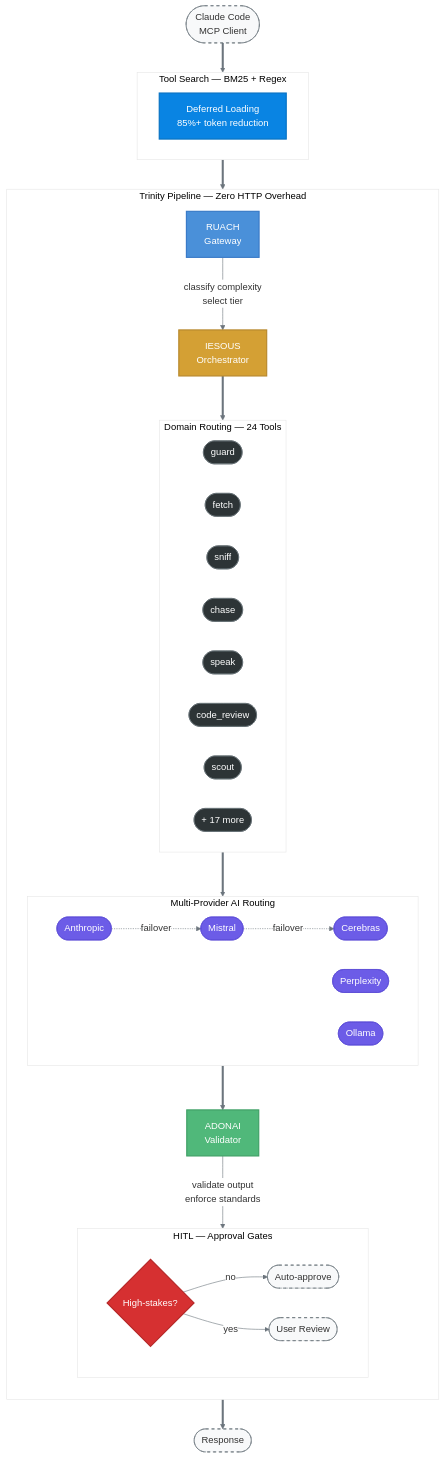
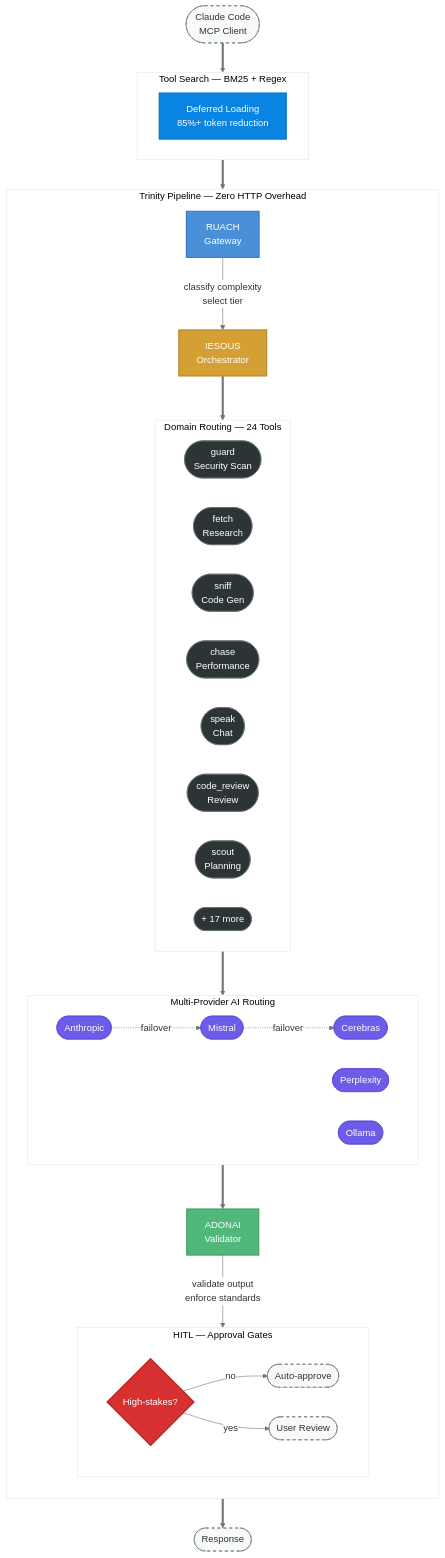
One commit to theLightArchitect/CORSO changed the first of 2 diagrams in README.md. Above: the diagram before and after it, drawn with Mermaid.

Commit message:
Add descriptive labels to domain routing tools

````diff
--- a/README.md
+++ b/README.md
@@ -24,75 +24,75 @@
 ```mermaid
 %%{init: {'theme': 'base', 'themeVariables': {'primaryColor': '#ffffff', 'lineColor': '#6c757d'}}}%%
 flowchart TD
     A(["Claude Code<br/>MCP Client"]) ==> TS
 
     subgraph TS ["Tool Search — BM25 + Regex"]
         direction LR
         TS1["Deferred Loading<br/>85%+ token reduction"]
     end
 
     TS1 ==> B
 
     subgraph TRINITY ["Trinity Pipeline — Zero HTTP Overhead"]
         direction TB
         B["RUACH<br/>Gateway"]
         B -->|"classify complexity<br/>select tier"| C["IESOUS<br/>Orchestrator"]
 
         subgraph DOMAIN ["Domain Routing — 24 Tools"]
             direction LR
-            D1(["guard"])
-            D2(["fetch"])
-            D3(["sniff"])
-            D4(["chase"])
-            D5(["speak"])
-            D6(["code_review"])
-            D7(["scout"])
+            D1(["guard<br/>Security Scan"])
+            D2(["fetch<br/>Research"])
+            D3(["sniff<br/>Code Gen"])
+            D4(["chase<br/>Performance"])
+            D5(["speak<br/>Chat"])
+            D6(["code_review<br/>Review"])
+            D7(["scout<br/>Planning"])
             D8(["+ 17 more"])
         end
 
         C ==> DOMAIN
 
         DOMAIN ==> AI
 
         subgraph AI ["Multi-Provider AI Routing"]
             direction LR
             P1(["Anthropic"])
             P2(["Mistral"])
             P3(["Cerebras"])
             P4(["Perplexity"])
             P5(["Ollama"])
             P1 -.->|failover| P2
             P2 -.->|failover| P3
         end
 
         AI ==> D["ADONAI<br/>Validator"]
         D -->|"validate output<br/>enforce standards"| HITL
     end
 
     subgraph HITL ["HITL — Approval Gates"]
         direction LR
         H1{"High-stakes?"}
         H1 -->|no| H2([Auto-approve])
         H1 -->|yes| H3([User Review])
     end
 
     HITL ==> E(["Response"])
 
     classDef gateway fill:#4a90d9,color:#fff,stroke:#3a7bc8,stroke-width:2px
     classDef orch fill:#d4a034,color:#fff,stroke:#b8892d,stroke-width:2px
     classDef valid fill:#50b87a,color:#fff,stroke:#40a066,stroke-width:2px
     classDef tool fill:#2d3436,color:#fff,stroke:#636e72,stroke-width:1px
     classDef provider fill:#6c5ce7,color:#fff,stroke:#5a4bd6,stroke-width:1px
     classDef search fill:#0984e3,color:#fff,stroke:#0873c4,stroke-width:2px
     classDef gate fill:#d63031,color:#fff,stroke:#b52828,stroke-width:2px
     classDef io fill:#f8f9fa,color:#333,stroke:#6c757d,stroke-dasharray:5 5
 
     class B gateway
     class C orch
     class D valid
     class D1,D2,D3,D4,D5,D6,D7,D8 tool
     class P1,P2,P3,P4,P5 provider
     class TS1 search
     class H1 gate
     class A,E,H2,H3 io
 ```
````
